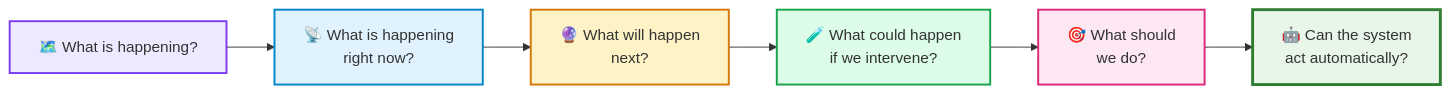
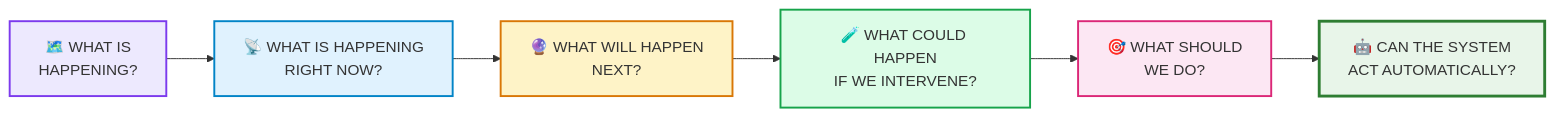
Before and after one commit to phamdps/transport-digital-twin: the fifth of 5 diagrams in README.md, drawn with Mermaid.

Commit message:
update vision

````diff
--- a/README.md
+++ b/README.md
@@ -453,26 +453,25 @@
 ```mermaid
 flowchart LR
-
-    Q1["🗺️ What is happening?"]
-    Q2["📡 What is happening<br/>right now?"]
-    Q3["🔮 What will happen<br/>next?"]
-    Q4["🧪 What could happen<br/>if we intervene?"]
-    Q5["🎯 What should<br/>we do?"]
-    Q6["🤖 Can the system<br/>act automatically?"]
+    Q1["🗺️ WHAT IS<br/>HAPPENING?"]
+    Q2["📡 WHAT IS HAPPENING<br/>RIGHT NOW?"]
+    Q3["🔮 WHAT WILL HAPPEN<br/>NEXT?"]
+    Q4["🧪 WHAT COULD HAPPEN<br/>IF WE INTERVENE?"]
+    Q5["🎯 WHAT SHOULD<br/>WE DO?"]
+    Q6["🤖 CAN THE SYSTEM<br/>ACT AUTOMATICALLY?"]
 
     Q1 --> Q2 --> Q3 --> Q4 --> Q5 --> Q6
 
-    classDef q1 fill:#ede9fe,stroke:#7c3aed,stroke-width:2px;
-    classDef q2 fill:#e0f2fe,stroke:#0284c7,stroke-width:2px;
-    classDef q3 fill:#fef3c7,stroke:#d97706,stroke-width:2px;
-    classDef q4 fill:#dcfce7,stroke:#16a34a,stroke-width:2px;
-    classDef q5 fill:#fce7f3,stroke:#db2777,stroke-width:2px;
-    classDef q6 fill:#e8f5e9,stroke:#2e7d32,stroke-width:3px;
+    classDef q1 fill:#ede9fe,stroke:#7c3aed,stroke-width:2px
+    classDef q2 fill:#e0f2fe,stroke:#0284c7,stroke-width:2px
+    classDef q3 fill:#fef3c7,stroke:#d97706,stroke-width:2px
+    classDef q4 fill:#dcfce7,stroke:#16a34a,stroke-width:2px
+    classDef q5 fill:#fce7f3,stroke:#db2777,stroke-width:2px
+    classDef q6 fill:#e8f5e9,stroke:#2e7d32,stroke-width:3px
 
-    class Q1 q1;
-    class Q2 q2;
-    class Q3 q3;
-    class Q4 q4;
-    class Q5 q5;
-    class Q6 q6;
+    class Q1 q1
+    class Q2 q2
+    class Q3 q3
+    class Q4 q4
+    class Q5 q5
+    class Q6 q6
 ```
````
